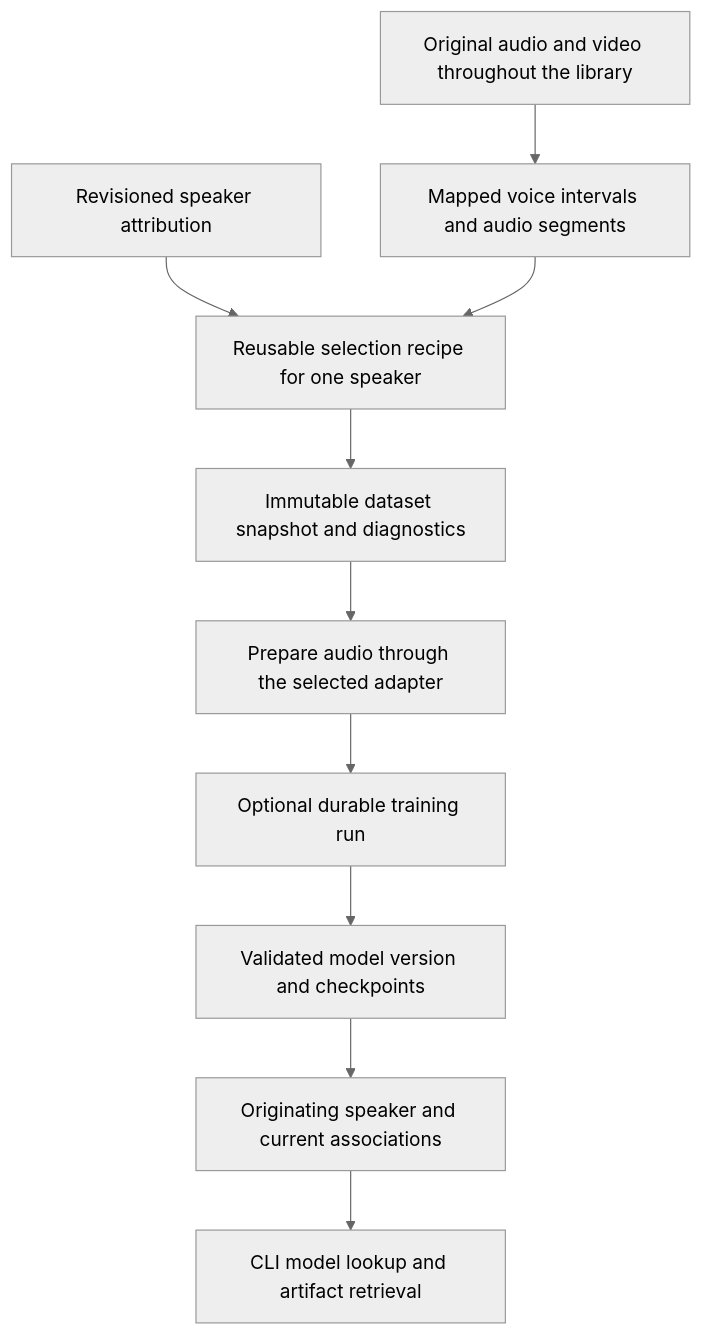
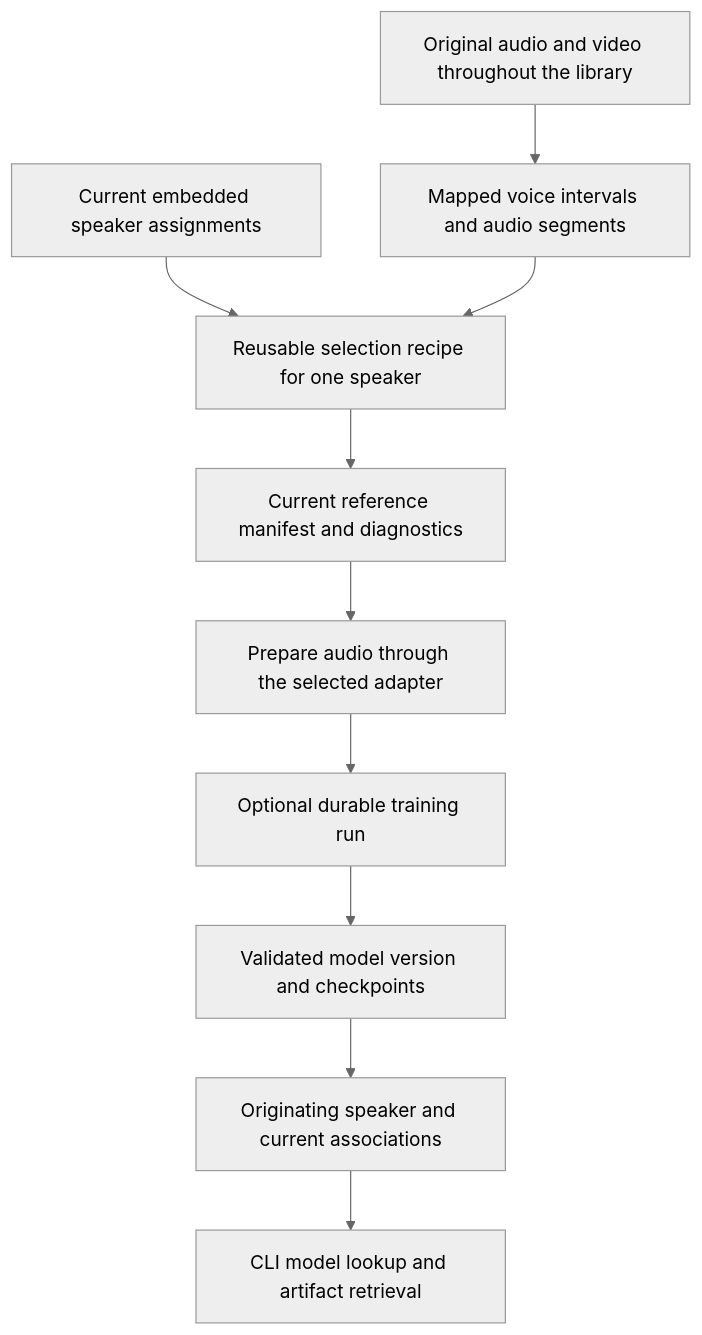
Before and after one commit to shruggietech/insonic: the diagram in docs/v0.0.0/voice-models.md, drawn with Mermaid (neutral theme). The commit also changed other lines of this file and 144 other files, not shown here.

````diff
--- a/docs/v0.0.0/voice-models.md
+++ b/docs/v0.0.0/voice-models.md
@@ -9,12 +9,12 @@
 ```mermaid
 flowchart TB
   Library[Original audio and video throughout the library] --> Segments[Mapped voice intervals and audio segments]
-  Attribution[Revisioned speaker attribution] --> Select[Reusable selection recipe for one speaker]
+  Attribution[Current embedded speaker assignments] --> Select[Reusable selection recipe for one speaker]
   Segments --> Select
-  Select --> Snapshot[Immutable dataset snapshot and diagnostics]
+  Select --> Snapshot[Current reference manifest and diagnostics]
   Snapshot --> Prepare[Prepare audio through the selected adapter]
   Prepare --> Run[Optional durable training run]
   Run --> Version[Validated model version and checkpoints]
   Version --> Speaker[Originating speaker and current associations]
   Speaker --> Query[CLI model lookup and artifact retrieval]
 ```
````
